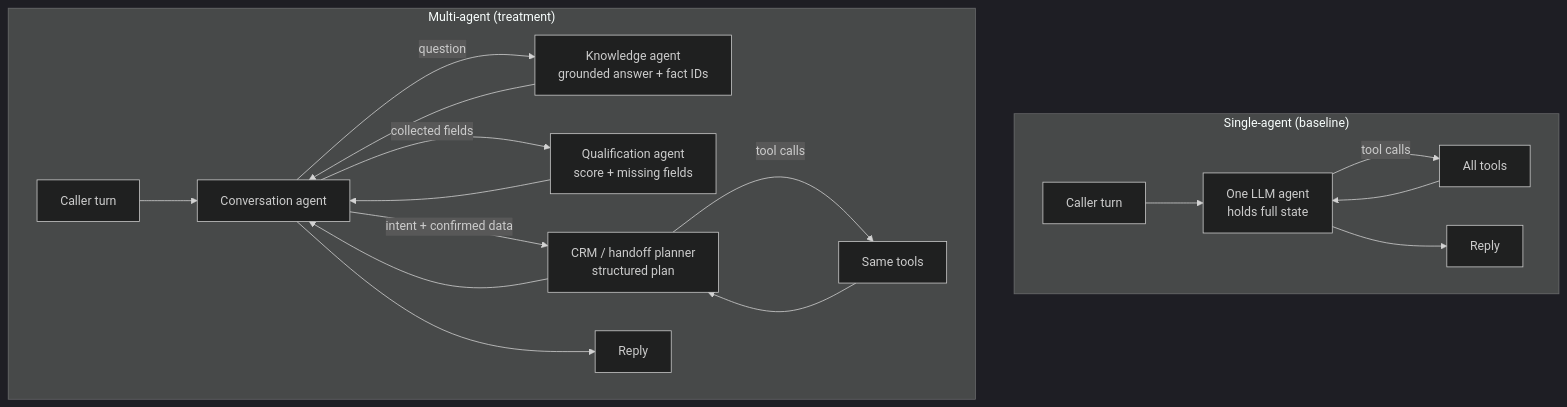
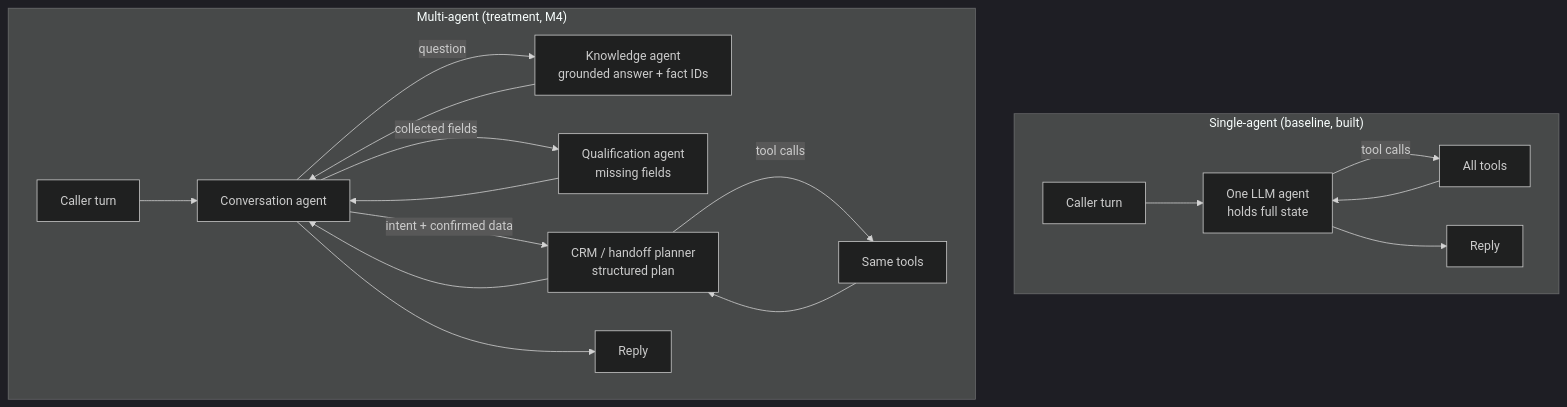
One commit to abhijha8287/Group-6-DS-and-AI-Lab-Project changed the third of 3 diagrams in milestones/M3_architecture/report.md. Above: the diagram before and after it, drawn with Mermaid (dark theme). The commit also changed other lines of this file and 74 other files, not shown here.

````diff
--- a/milestones/M3_architecture/report.md
+++ b/milestones/M3_architecture/report.md
@@ -193,21 +208,21 @@
 ```mermaid
 flowchart TB
-    subgraph S["Single-agent (baseline)"]
+    subgraph S["Single-agent (baseline, built)"]
         U1["Caller turn"] --> A1["One LLM agent<br/>holds full state"]
         A1 -->|"tool calls"| T1["All tools"]
         T1 --> A1
         A1 --> R1["Reply"]
     end
-    subgraph M["Multi-agent (treatment)"]
+    subgraph M["Multi-agent (treatment, M4)"]
         U2["Caller turn"] --> CA["Conversation agent"]
         CA -->|"question"| KA["Knowledge agent<br/>grounded answer + fact IDs"]
-        CA -->|"collected fields"| QA["Qualification agent<br/>score + missing fields"]
+        CA -->|"collected fields"| QA["Qualification agent<br/>missing fields"]
         CA -->|"intent + confirmed data"| PA["CRM / handoff planner<br/>structured plan"]
         KA --> CA
         QA --> CA
         PA -->|"tool calls"| T2["Same tools"]
         T2 --> PA
         PA --> CA
         CA --> R2["Reply"]
     end
 ```
````
